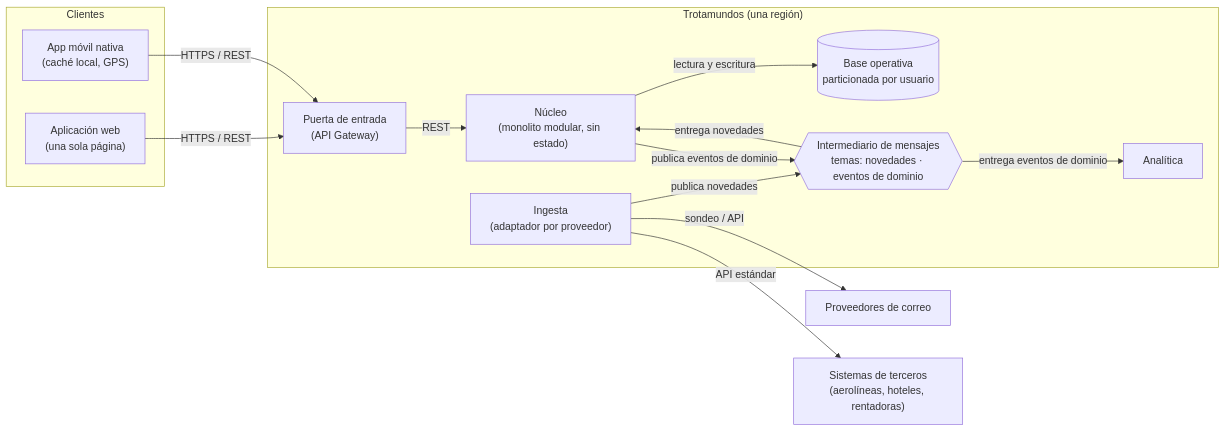
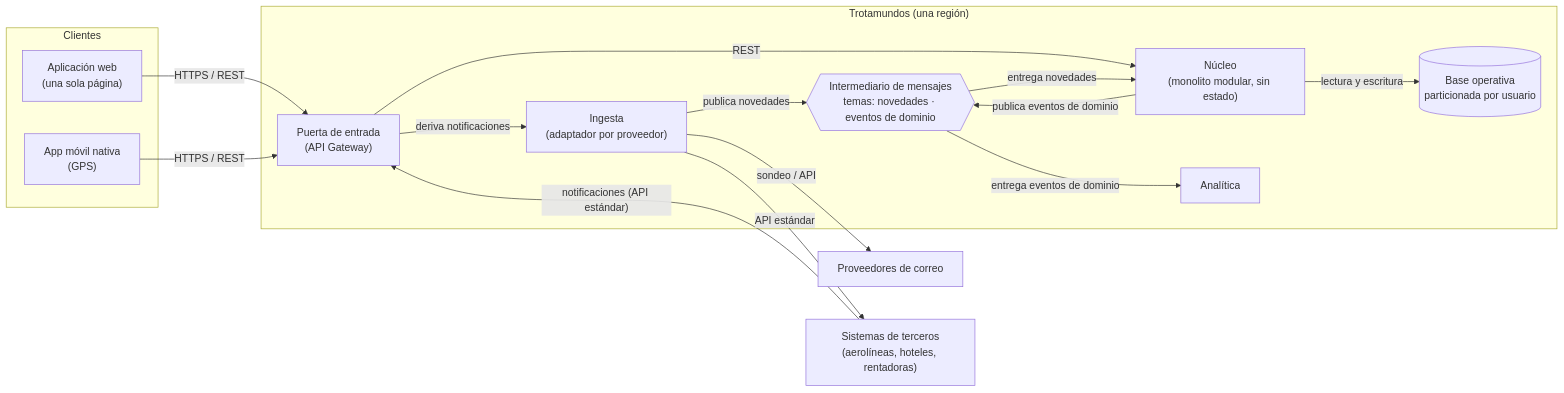
Before and after one commit to TadeoBrun1/TPE_software: the diagram in trotamundos/docs/02-views/cc-view.md, drawn with Mermaid. The commit also changed other lines of this file and 16 other files, not shown here.

````diff
--- a/trotamundos/docs/02-views/cc-view.md
+++ b/trotamundos/docs/02-views/cc-view.md
@@ -16,30 +17,32 @@
 ```mermaid
 flowchart LR
     subgraph Clientes
         W["Aplicación web<br/>(una sola página)"]
-        M["App móvil nativa<br/>(caché local, GPS)"]
+        M["App móvil nativa<br/>(GPS)"]
     end
 
     subgraph Trotamundos["Trotamundos (una región)"]
         G["Puerta de entrada<br/>(API Gateway)"]
         N["Núcleo<br/>(monolito modular, sin estado)"]
         DB[("Base operativa<br/>particionada por usuario")]
         B{{"Intermediario de mensajes<br/>temas: novedades · eventos de dominio"}}
         I["Ingesta<br/>(adaptador por proveedor)"]
         A["Analítica"]
     end
 
     EC["Proveedores de correo"]
     ET["Sistemas de terceros<br/>(aerolíneas, hoteles, rentadoras)"]
 
+    ET -- "notificaciones (API estándar)" --> G
+    G -- "deriva notificaciones" --> I
     W -- "HTTPS / REST" --> G
     M -- "HTTPS / REST" --> G
     G -- "REST" --> N
     N -- "lectura y escritura" --> DB
     I -- "sondeo / API" --> EC
     I -- "API estándar" --> ET
     I -- "publica novedades" --> B
     B -- "entrega novedades" --> N
     N -- "publica eventos de dominio" --> B
     B -- "entrega eventos de dominio" --> A
 ```
````
